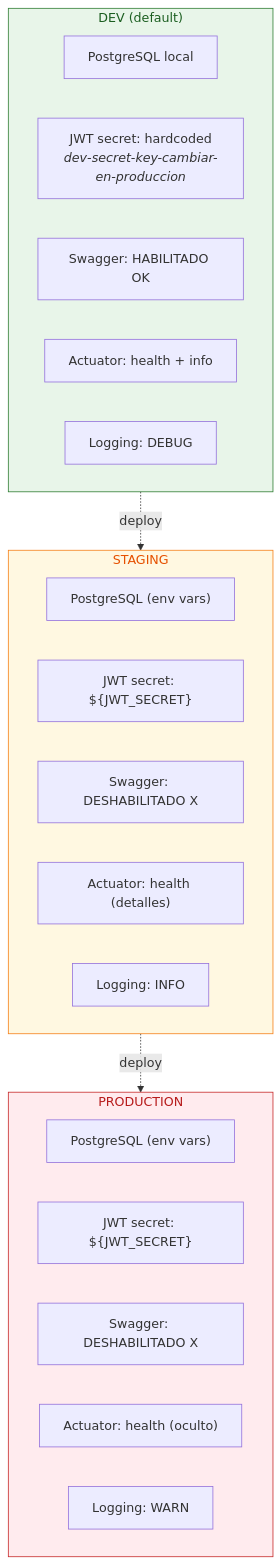
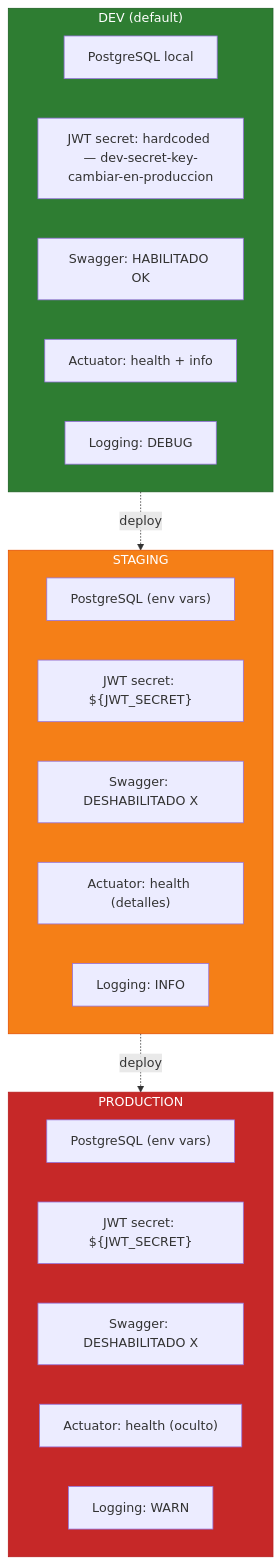
The eighth of 8 diagrams in docs/ARQUITECTURA.md (dio-quincarDev/springsecurity-basics), drawn with Mermaid before and after one commit. The commit also changed other lines of this file, not shown here.

Commit message:
Mejora de Diagramas

````diff
--- a/docs/ARQUITECTURA.md
+++ b/docs/ARQUITECTURA.md
@@ -359,33 +358,33 @@
 ```mermaid
 graph TB
     subgraph DEV["DEV (default)"]
         D1["PostgreSQL local"]
-        D2["JWT secret: hardcoded<br/><i>dev-secret-key-cambiar-en-produccion</i>"]
+        D2["JWT secret: hardcoded — dev-secret-key-cambiar-en-produccion"]
         D3["Swagger: HABILITADO OK"]
         D4["Actuator: health + info"]
         D5["Logging: DEBUG"]
     end
 
     subgraph STG["STAGING"]
         S1["PostgreSQL (env vars)"]
         S2["JWT secret: ${JWT_SECRET}"]
         S3["Swagger: DESHABILITADO X"]
         S4["Actuator: health (detalles)"]
         S5["Logging: INFO"]
     end
 
     subgraph PROD["PRODUCTION"]
         P1["PostgreSQL (env vars)"]
         P2["JWT secret: ${JWT_SECRET}"]
         P3["Swagger: DESHABILITADO X"]
         P4["Actuator: health (oculto)"]
         P5["Logging: WARN"]
     end
 
     DEV -.->|"deploy"| STG
     STG -.->|"deploy"| PROD
 
-    style DEV fill:#e8f5e9,stroke:#2e7d32,color:#1b5e20
-    style STG fill:#fff8e1,stroke:#f57f17,color:#e65100
-    style PROD fill:#ffebee,stroke:#c62828,color:#b71c1c
+    style DEV fill:#2e7d32,stroke:#1b5e20,color:#ffffff
+    style STG fill:#f57f17,stroke:#e65100,color:#ffffff
+    style PROD fill:#c62828,stroke:#b71c1c,color:#ffffff
 ```
````
